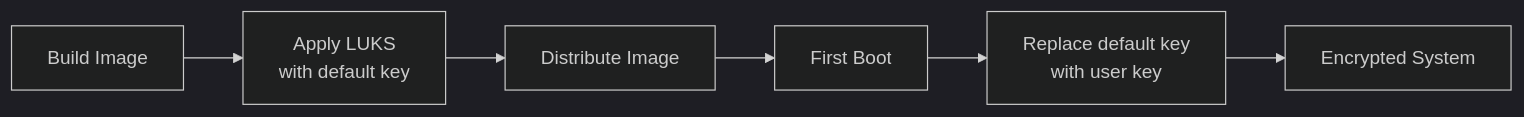
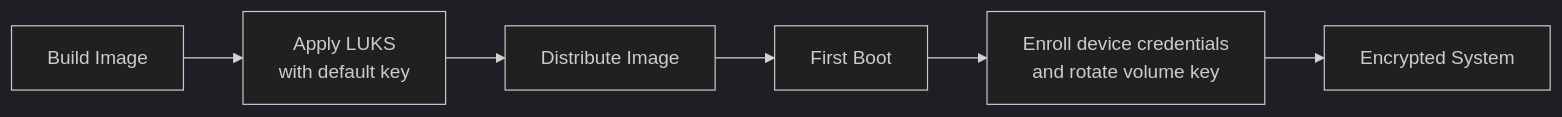
The first of 2 diagrams in docs/src/content/docs/ghaf/dev/ref/deferred-disk-encryption.mdx (tiiuae/ghaf), drawn with Mermaid (dark theme) before and after one commit. The commit also changed other lines of this file and 2 other files, not shown here.

````diff
--- a/docs/src/content/docs/ghaf/dev/ref/deferred-disk-encryption.mdx
+++ b/docs/src/content/docs/ghaf/dev/ref/deferred-disk-encryption.mdx
@@ -19,8 +19,8 @@
 ```mermaid
 graph LR
     A[Build Image] --> B[Apply LUKS<br/>with default key]
     B --> C[Distribute Image]
     C --> D[First Boot]
-    D --> E[Replace default key<br/>with user key]
+    D --> E[Enroll device credentials<br/>and rotate volume key]
     E --> F[Encrypted System]
 ```
````
